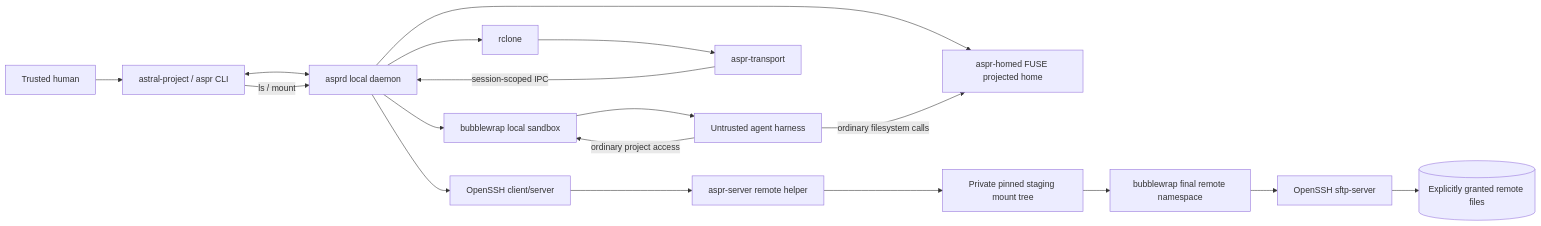
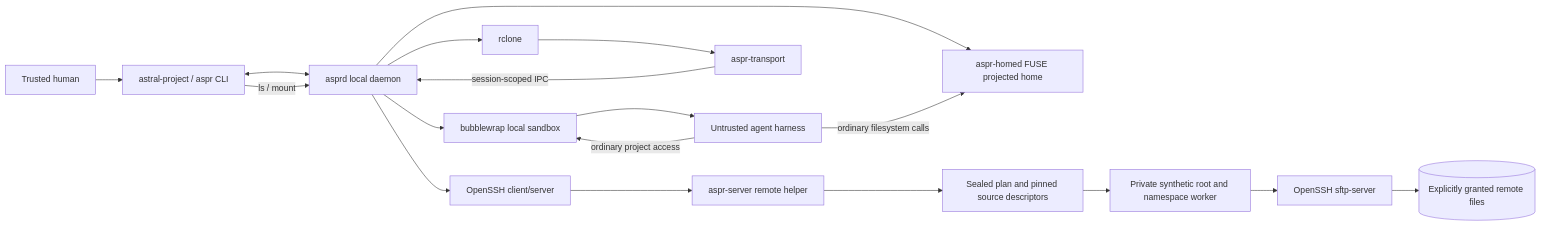
Before and after one commit to v7x/astral-project: the first of 7 diagrams in docs/architecture/plain-english/astral-project-final-architecture.md, drawn with Mermaid. The commit also changed other lines of this file and 10 other files, not shown here.

Commit message:
docs: reconcile Packet 15 architecture and support evidence

````diff
--- a/docs/architecture/plain-english/astral-project-final-architecture.md
+++ b/docs/architecture/plain-english/astral-project-final-architecture.md
@@ -230,38 +230,38 @@
 ```mermaid
 flowchart LR
     H[Trusted human]
     A[Untrusted agent harness]
     CLI[astral-project / aspr CLI]
     D[asprd local daemon]
     P[aspr-homed FUSE projected home]
     B1[bubblewrap local sandbox]
     R[rclone]
     T[aspr-transport]
     SSH[OpenSSH client/server]
     S[aspr-server remote helper]
-    ST[Private pinned staging mount tree]
-    B2[bubblewrap final remote namespace]
+    ST[Sealed plan and pinned source descriptors]
+    B2[Private synthetic root and namespace worker]
     SF[OpenSSH sftp-server]
     F[(Explicitly granted remote files)]
 
     H --> CLI
     CLI <--> D
 
     D --> P
     D --> B1
     A -->|ordinary filesystem calls| P
     A -->|ordinary project access| B1
 
     CLI -->|ls / mount| D
     D --> R
     R --> T
     T -->|session-scoped IPC| D
     D --> SSH
     SSH --> S
     S --> ST
     ST --> B2
     B2 --> SF
     SF --> F
 
     B1 --> A
 ```
````
